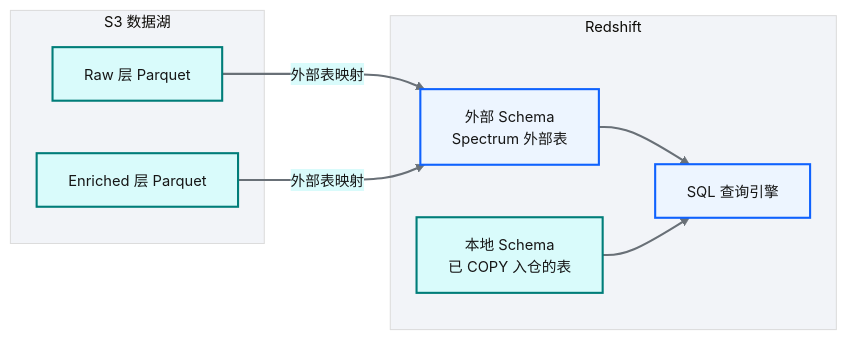
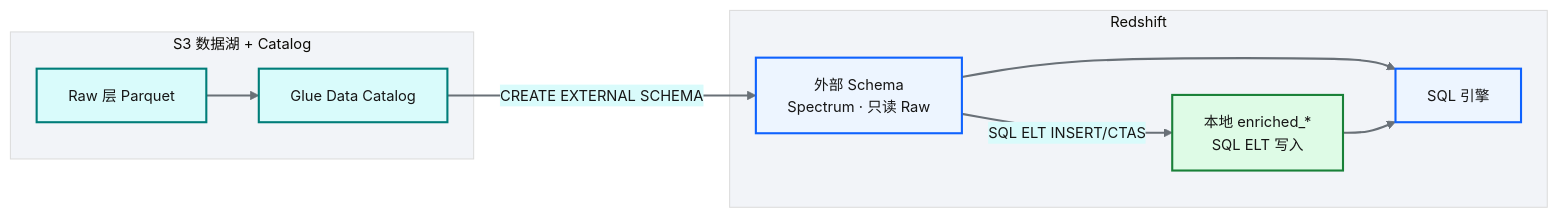
Before and after one commit to zhiweio/from-data-to-intelligence: the second of 7 diagrams in docs/08-数据仓库设计-Redshift.md, drawn with Mermaid. The commit also changed other lines of this file and 69 other files, not shown here.

````diff
--- a/docs/08-数据仓库设计-Redshift.md
+++ b/docs/08-数据仓库设计-Redshift.md
@@ -71,29 +73,31 @@
 ```mermaid
 %%{init: {'theme':'base','themeVariables':{'primaryColor':'#edf5ff','primaryTextColor':'#161616','primaryBorderColor':'#0f62fe','lineColor':'#697077','secondaryColor':'#d9fbfb','tertiaryColor':'#f2f4f8','fontSize':'14px'}}}%%
 flowchart LR
-    subgraph 数据湖["S3 数据湖"]
+    subgraph 数据湖["S3 数据湖 + Catalog"]
         RAW[Raw 层 Parquet]
-        ENR[Enriched 层 Parquet]
+        CAT[Glue Data Catalog]
     end
 
     subgraph Redshift["Redshift"]
-        EXT[外部 Schema<br/>Spectrum 外部表]
-        LOCAL[本地 Schema<br/>已 COPY 入仓的表]
-        RS_QUERY[SQL 查询引擎]
+        EXT[外部 Schema<br/>Spectrum · 只读 Raw]
+        LOCAL[本地 enriched_*<br/>SQL ELT 写入]
+        RS_QUERY[SQL 引擎]
     end
 
-    RAW -->|外部表映射| EXT
-    ENR -->|外部表映射| EXT
+    RAW --> CAT
+    CAT -->|CREATE EXTERNAL SCHEMA| EXT
+    EXT -->|"SQL ELT INSERT/CTAS"| LOCAL
     EXT --> RS_QUERY
     LOCAL --> RS_QUERY
 
 classDef bpProcess  fill:#edf5ff,stroke:#0f62fe,stroke-width:2px,color:#161616
 classDef bpData     fill:#d9fbfb,stroke:#007d79,stroke-width:2px,color:#161616
+classDef bpSuccess  fill:#defbe6,stroke:#198038,stroke-width:2px,color:#161616
 
-class RAW,ENR bpData
+class RAW,CAT bpData
 class EXT bpProcess
-class LOCAL bpData
+class LOCAL bpSuccess
 class RS_QUERY bpProcess
 
 linkStyle default stroke:#697077,stroke-width:2px
 ```
````
